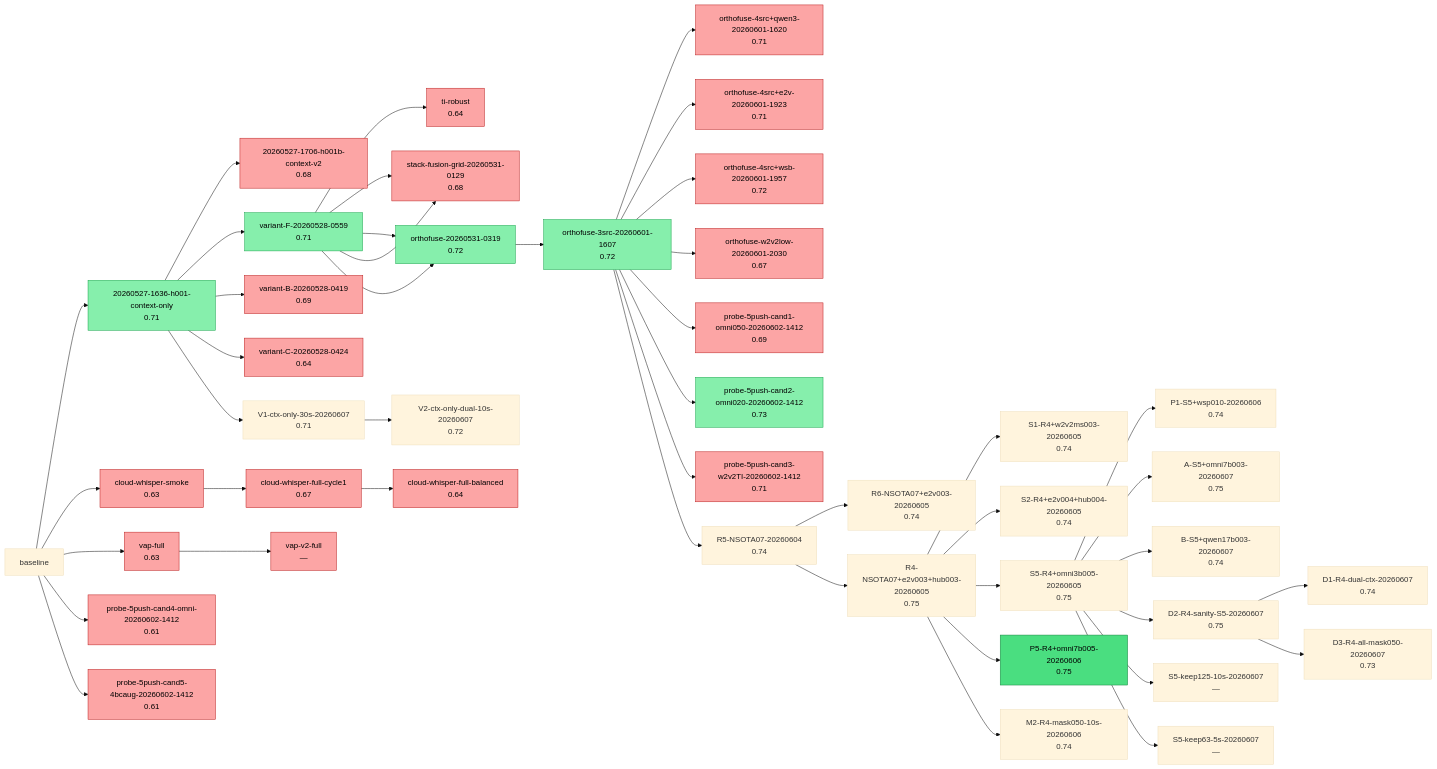
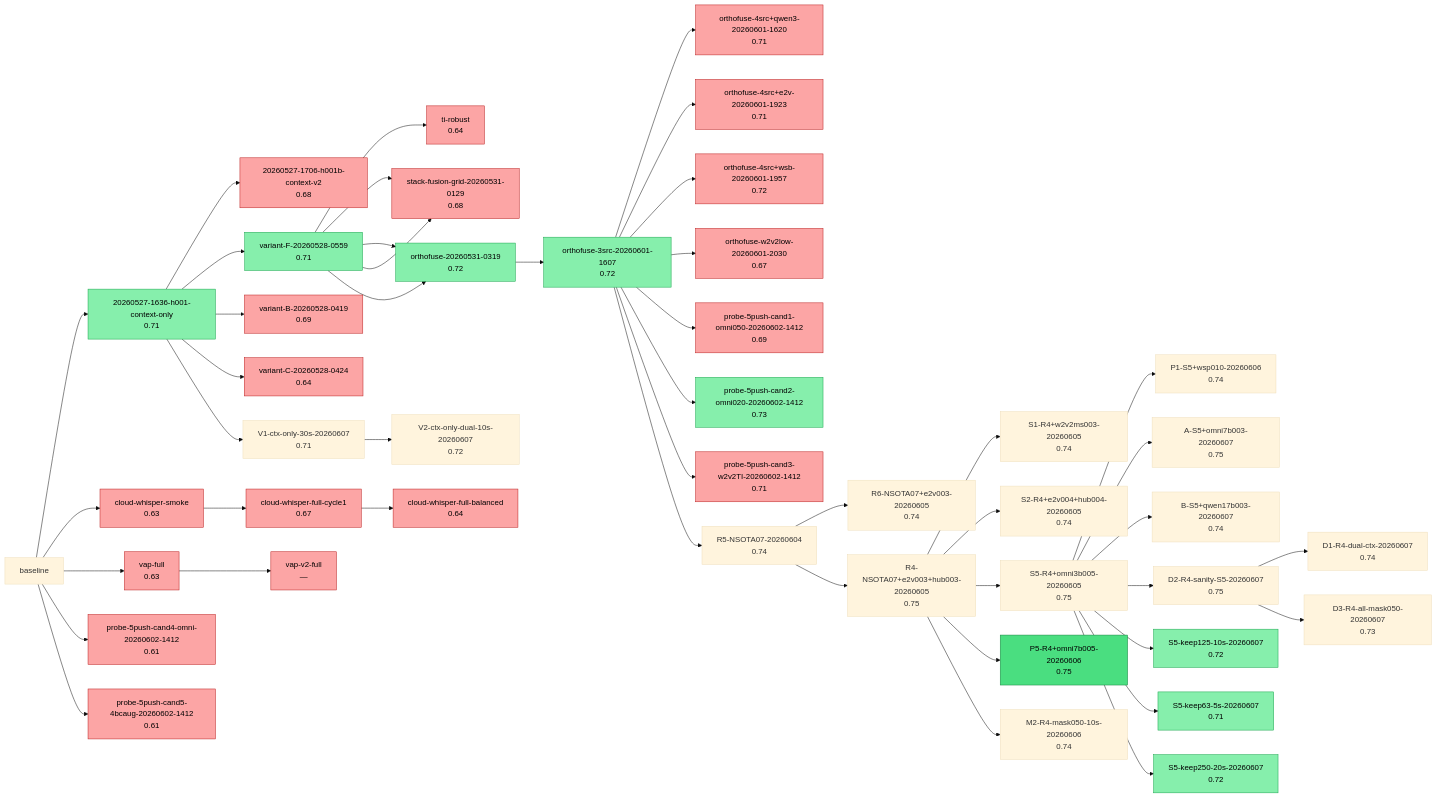
Before and after one commit to uukuguy/Audio-Classifier: the diagram in docs/status/climb/research-tree.md, drawn with Mermaid (base theme). The commit also changed other lines of this file and 4 other files, not shown here.

````diff
--- a/docs/status/climb/research-tree.md
+++ b/docs/status/climb/research-tree.md
@@ -155,8 +156,12 @@
     D2_R4_sanity_S5_20260607["D2-R4-sanity-S5-20260607<br/>0.75"]
     D1_R4_dual_ctx_20260607["D1-R4-dual-ctx-20260607<br/>0.74"]
     D3_R4_all_mask050_20260607["D3-R4-all-mask050-20260607<br/>0.73"]
-    S5_keep125_10s_20260607["S5-keep125-10s-20260607<br/>—"]
-    S5_keep63_5s_20260607["S5-keep63-5s-20260607<br/>—"]
+    S5_keep125_10s_20260607["S5-keep125-10s-20260607<br/>0.72"]
+    class S5_keep125_10s_20260607 confirmed
+    S5_keep63_5s_20260607["S5-keep63-5s-20260607<br/>0.71"]
+    class S5_keep63_5s_20260607 confirmed
+    S5_keep250_20s_20260607["S5-keep250-20s-20260607<br/>0.72"]
+    class S5_keep250_20s_20260607 confirmed
     baseline --> 20260527_1636_h001_context_only
     20260527_1636_h001_context_only --> 20260527_1706_h001b_context_v2
     20260527_1636_h001_context_only --> variant_F_20260528_0559
@@ -200,4 +205,5 @@
     D2_R4_sanity_S5_20260607 --> D3_R4_all_mask050_20260607
     S5_R4_omni3b005_20260605 --> S5_keep125_10s_20260607
     S5_R4_omni3b005_20260605 --> S5_keep63_5s_20260607
+    S5_R4_omni3b005_20260605 --> S5_keep250_20s_20260607
 ```
````
